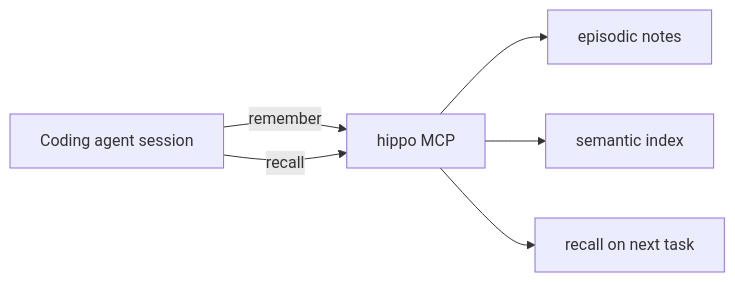
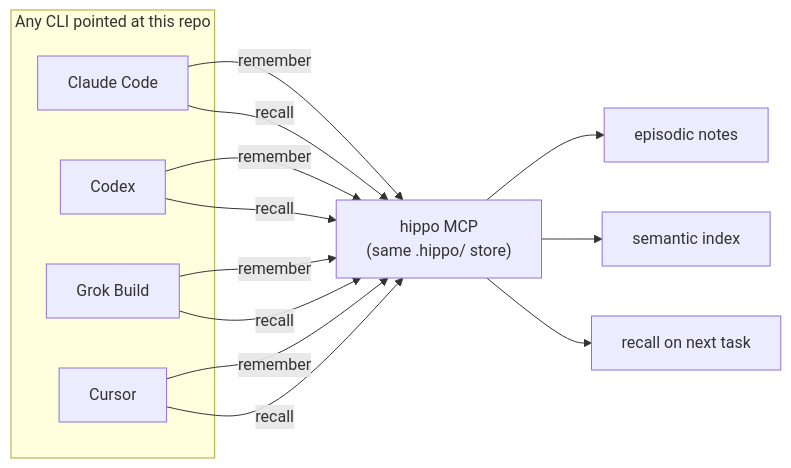
Before and after one commit to the1truedan/ai-gateway: the fourth of 5 diagrams in README.md, drawn with Mermaid. The commit also changed other lines of this file, not shown here.

First line of the commit message:
Document PMB, multi-CLI hippo handoff, and the model-pool custody stack

````diff
--- a/README.md
+++ b/README.md
@@ -148,11 +152,16 @@
 ```mermaid
 flowchart LR
-  A["Coding agent session"]
-  H2["hippo MCP"]
+  subgraph agents["Any CLI pointed at this repo"]
+    CC["Claude Code"]
+    CX["Codex"]
+    GB["Grok Build"]
+    CU["Cursor"]
+  end
+  H2["hippo MCP<br/>(same .hippo/ store)"]
   E["episodic notes"]
   S["semantic index"]
   R["recall on next task"]
 
-  A -->|"remember"| H2 --> E & S
-  A -->|"recall"| H2 --> R
+  CC & CX & GB & CU -->|"remember"| H2 --> E & S
+  CC & CX & GB & CU -->|"recall"| H2 --> R
 ```
````
